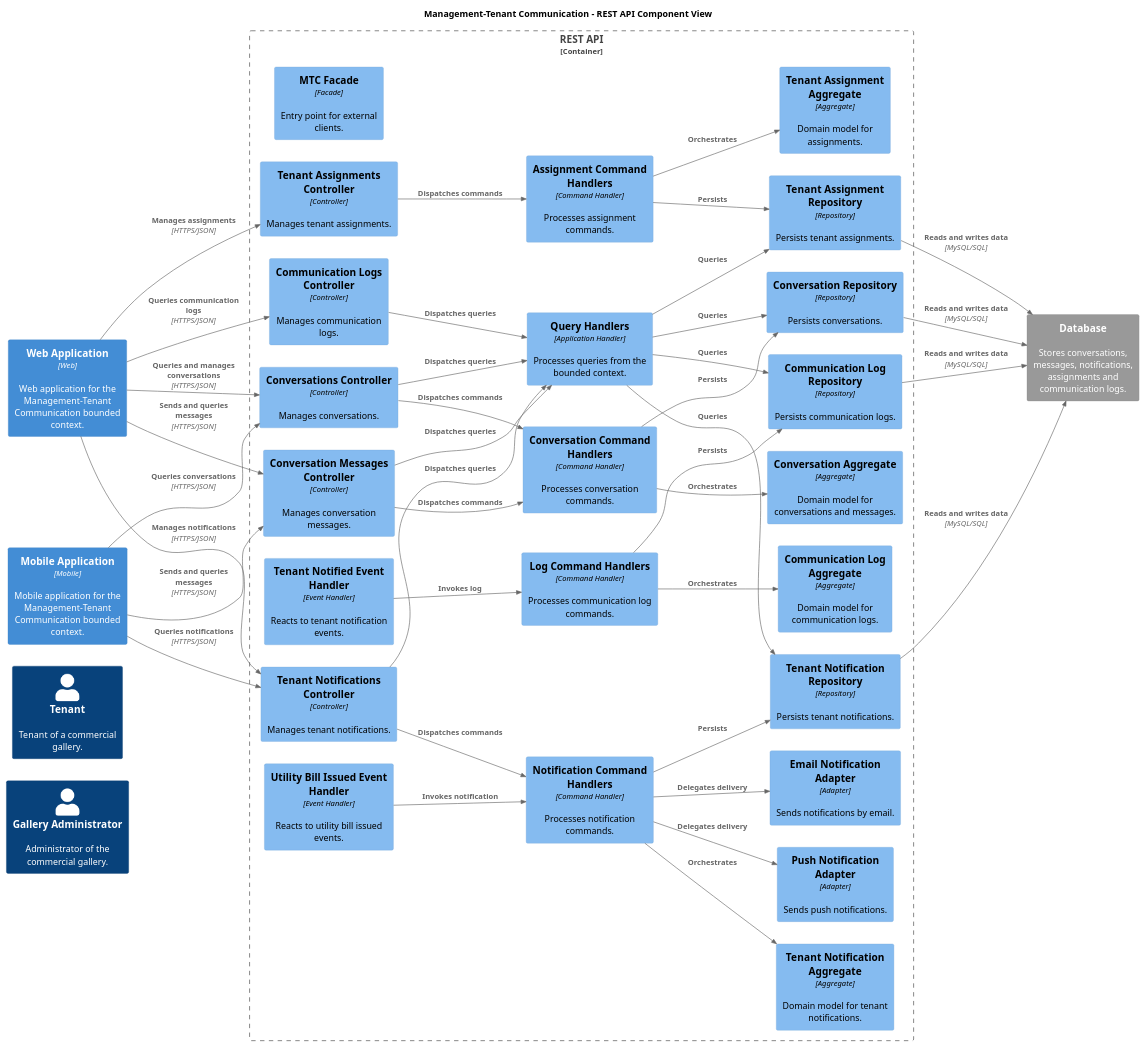
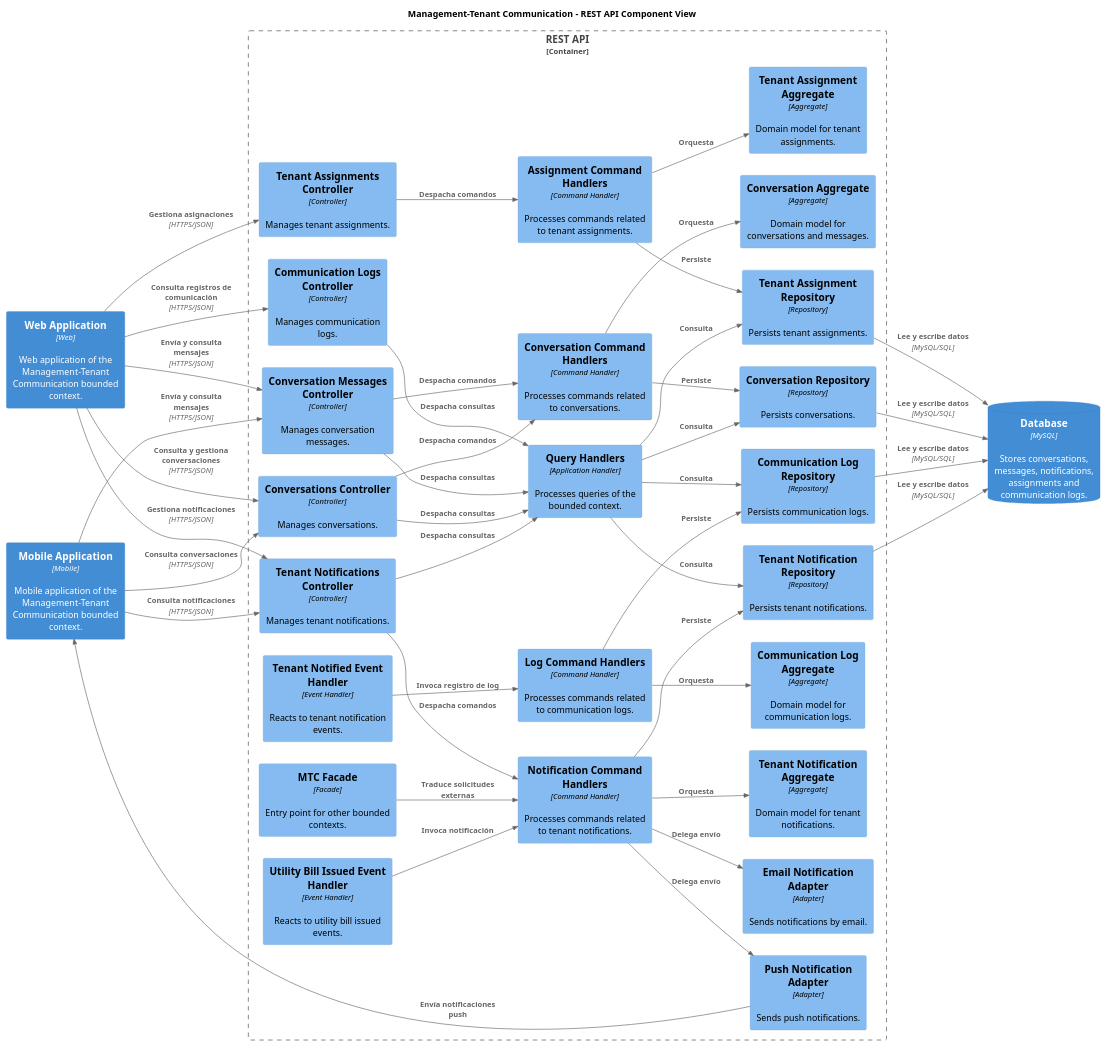
One commit to VanguardTechIot/storepulse-report changed the diagram in assets/architecture/management-tenant-communication/05_Component_REST_API_Backend.puml. Above: the diagram before and after it, drawn with PlantUML. The commit also changed 2 other files, not shown here.

Commit message:
docs: fix management-tenant communication rest api component diagram

```diff
--- a/assets/architecture/management-tenant-communication/05_Component_REST_API_Backend.puml
+++ b/assets/architecture/management-tenant-communication/05_Component_REST_API_Backend.puml
@@ -1,5 +1,4 @@
 @startuml
-
 !include https://raw.githubusercontent.com/plantuml-stdlib/C4-PlantUML/master/C4_Component.puml
 
 LAYOUT_LEFT_RIGHT()
@@ -10,171 +9,146 @@
 
 title Management-Tenant Communication - REST API Component View
 
-' ==========================================
-' EXTERNAL PEOPLE
-' ==========================================
+' =========================================================
+' EXTERNAL CONTAINERS
+' =========================================================
 
-Person(galleryAdministrator, "Gallery Administrator", "Administrator of the commercial gallery.")
+Container(webApplication, "Web Application", "Web", "Web application of the Management-Tenant Communication bounded context.")
+Container(mobileApplication, "Mobile Application", "Mobile", "Mobile application of the Management-Tenant Communication bounded context.")
 
-Person(tenant, "Tenant", "Tenant of a commercial gallery.")
-
-' ==========================================
-' EXTERNAL CONTAINERS
-' ==========================================
-
-Container(webApplication, "Web Application", "Web", "Web application for the Management-Tenant Communication bounded context.")
-
-Container(mobileApplication, "Mobile Application", "Mobile", "Mobile application for the Management-Tenant Communication bounded context.")
-
-' ==========================================
+' =========================================================
 ' REST API
-' ==========================================
+' =========================================================
 
 Container_Boundary(restApi, "REST API") {
 
-    Component(mtcFacade, "MTC Facade", "Facade", "Entry point for external clients.")
-
+    ' Controllers
     Component(tenantAssignmentsController, "Tenant Assignments Controller", "Controller", "Manages tenant assignments.")
-
     Component(communicationLogsController, "Communication Logs Controller", "Controller", "Manages communication logs.")
-
     Component(tenantNotificationsController, "Tenant Notifications Controller", "Controller", "Manages tenant notifications.")
-
     Component(conversationMessagesController, "Conversation Messages Controller", "Controller", "Manages conversation messages.")
-
     Component(conversationsController, "Conversations Controller", "Controller", "Manages conversations.")
 
-    Component(queryHandlers, "Query Handlers", "Application Handler", "Processes queries from the bounded context.")
+    ' Application Layer
+    Component(queryHandlers, "Query Handlers", "Application Handler", "Processes queries of the bounded context.")
+    Component(assignmentCommandHandlers, "Assignment Command Handlers", "Command Handler", "Processes commands related to tenant assignments.")
+    Component(conversationCommandHandlers, "Conversation Command Handlers", "Command Handler", "Processes commands related to conversations.")
+    Component(notificationCommandHandlers, "Notification Command Handlers", "Command Handler", "Processes commands related to tenant notifications.")
+    Component(logCommandHandlers, "Log Command Handlers", "Command Handler", "Processes commands related to communication logs.")
 
-    Component(assignmentCommandHandlers, "Assignment Command Handlers", "Command Handler", "Processes assignment commands.")
-
-    Component(conversationCommandHandlers, "Conversation Command Handlers", "Command Handler", "Processes conversation commands.")
-
-    Component(notificationCommandHandlers, "Notification Command Handlers", "Command Handler", "Processes notification commands.")
-
-    Component(logCommandHandlers, "Log Command Handlers", "Command Handler", "Processes communication log commands.")
-
+    ' Event Handlers
     Component(utilityBillIssuedEventHandler, "Utility Bill Issued Event Handler", "Event Handler", "Reacts to utility bill issued events.")
-
     Component(tenantNotifiedEventHandler, "Tenant Notified Event Handler", "Event Handler", "Reacts to tenant notification events.")
 
+    ' Repositories
     Component(tenantAssignmentRepository, "Tenant Assignment Repository", "Repository", "Persists tenant assignments.")
-
     Component(conversationRepository, "Conversation Repository", "Repository", "Persists conversations.")
-
     Component(tenantNotificationRepository, "Tenant Notification Repository", "Repository", "Persists tenant notifications.")
-
     Component(communicationLogRepository, "Communication Log Repository", "Repository", "Persists communication logs.")
 
-    Component(tenantAssignmentAggregate, "Tenant Assignment Aggregate", "Aggregate", "Domain model for assignments.")
-
+    ' Domain
+    Component(tenantAssignmentAggregate, "Tenant Assignment Aggregate", "Aggregate", "Domain model for tenant assignments.")
     Component(conversationAggregate, "Conversation Aggregate", "Aggregate", "Domain model for conversations and messages.")
-
     Component(tenantNotificationAggregate, "Tenant Notification Aggregate", "Aggregate", "Domain model for tenant notifications.")
-
     Component(communicationLogAggregate, "Communication Log Aggregate", "Aggregate", "Domain model for communication logs.")
 
+    ' Adapters
     Component(pushNotificationAdapter, "Push Notification Adapter", "Adapter", "Sends push notifications.")
+    Component(emailNotificationAdapter, "Email Notification Adapter", "Adapter", "Sends notifications by email.")
 
-    Component(emailNotificationAdapter, "Email Notification Adapter", "Adapter", "Sends notifications by email.")
+    ' ACL / Facade
+    Component(mtcFacade, "MTC Facade", "Facade", "Entry point for other bounded contexts.")
 }
 
-' ==========================================
+' =========================================================
 ' DATABASE
-' ==========================================
+' =========================================================
 
-System_Ext(database, "Database", "Stores conversations, messages, notifications, assignments and communication logs.")
+ContainerDb(database, "Database", "MySQL", "Stores conversations, messages, notifications, assignments and communication logs.")
 
-' ==========================================
-' EXTERNAL CLIENTS
-' ==========================================
+' =========================================================
+' WEB APPLICATION -> CONTROLLERS
+' =========================================================
 
-Rel(webApplication, tenantAssignmentsController, "Manages assignments", "HTTPS/JSON")
+Rel(webApplication, tenantAssignmentsController, "Gestiona asignaciones", "HTTPS/JSON")
+Rel(webApplication, communicationLogsController, "Consulta registros de comunicación", "HTTPS/JSON")
+Rel(webApplication, tenantNotificationsController, "Gestiona notificaciones", "HTTPS/JSON")
+Rel(webApplication, conversationMessagesController, "Envía y consulta mensajes", "HTTPS/JSON")
+Rel(webApplication, conversationsController, "Consulta y gestiona conversaciones", "HTTPS/JSON")
 
-Rel(webApplication, communicationLogsController, "Queries communication logs", "HTTPS/JSON")
+' =========================================================
+' MOBILE APPLICATION -> CONTROLLERS
+' =========================================================
 
-Rel(webApplication, tenantNotificationsController, "Manages notifications", "HTTPS/JSON")
+Rel(mobileApplication, tenantNotificationsController, "Consulta notificaciones", "HTTPS/JSON")
+Rel(mobileApplication, conversationMessagesController, "Envía y consulta mensajes", "HTTPS/JSON")
+Rel(mobileApplication, conversationsController, "Consulta conversaciones", "HTTPS/JSON")
 
-Rel(webApplication, conversationMessagesController, "Sends and queries messages", "HTTPS/JSON")
+' =========================================================
+' CONTROLLERS -> APPLICATION
+' =========================================================
 
-Rel(webApplication, conversationsController, "Queries and manages conversations", "HTTPS/JSON")
+Rel(tenantAssignmentsController, assignmentCommandHandlers, "Despacha comandos")
+Rel(communicationLogsController, queryHandlers, "Despacha consultas")
+Rel(tenantNotificationsController, queryHandlers, "Despacha consultas")
+Rel(tenantNotificationsController, notificationCommandHandlers, "Despacha comandos")
+Rel(conversationMessagesController, queryHandlers, "Despacha consultas")
+Rel(conversationMessagesController, conversationCommandHandlers, "Despacha comandos")
+Rel(conversationsController, queryHandlers, "Despacha consultas")
+Rel(conversationsController, conversationCommandHandlers, "Despacha comandos")
 
-Rel(mobileApplication, tenantNotificationsController, "Queries notifications", "HTTPS/JSON")
+' =========================================================
+' APPLICATION -> DOMAIN / REPOSITORIES
+' =========================================================
 
-Rel(mobileApplication, conversationMessagesController, "Sends and queries messages", "HTTPS/JSON")
+Rel(assignmentCommandHandlers, tenantAssignmentAggregate, "Orquesta")
+Rel(assignmentCommandHandlers, tenantAssignmentRepository, "Persiste")
 
-Rel(mobileApplication, conversationsController, "Queries conversations", "HTTPS/JSON")
+Rel(conversationCommandHandlers, conversationAggregate, "Orquesta")
+Rel(conversationCommandHandlers, conversationRepository, "Persiste")
 
-' ==========================================
-' CONTROLLERS -> APPLICATION LAYER
-' ==========================================
+Rel(notificationCommandHandlers, tenantNotificationAggregate, "Orquesta")
+Rel(notificationCommandHandlers, tenantNotificationRepository, "Persiste")
 
-Rel(tenantAssignmentsController, assignmentCommandHandlers, "Dispatches commands")
+Rel(logCommandHandlers, communicationLogAggregate, "Orquesta")
+Rel(logCommandHandlers, communicationLogRepository, "Persiste")
 
-Rel(communicationLogsController, queryHandlers, "Dispatches queries")
+' =========================================================
+' QUERY HANDLERS -> REPOSITORIES
+' =========================================================
 
-Rel(tenantNotificationsController, queryHandlers, "Dispatches queries")
+Rel(queryHandlers, conversationRepository, "Consulta")
+Rel(queryHandlers, tenantNotificationRepository, "Consulta")
+Rel(queryHandlers, tenantAssignmentRepository, "Consulta")
+Rel(queryHandlers, communicationLogRepository, "Consulta")
 
-Rel(tenantNotificationsController, notificationCommandHandlers, "Dispatches commands")
+' =========================================================
+' EVENT HANDLERS
+' =========================================================
 
-Rel(conversationMessagesController, queryHandlers, "Dispatches queries")
+Rel(utilityBillIssuedEventHandler, notificationCommandHandlers, "Invoca notificación")
+Rel(tenantNotifiedEventHandler, logCommandHandlers, "Invoca registro de log")
 
-Rel(conversationMessagesController, conversationCommandHandlers, "Dispatches commands")
+' =========================================================
+' NOTIFICATION FLOW
+' =========================================================
 
-Rel(conversationsController, queryHandlers, "Dispatches queries")
+Rel(notificationCommandHandlers, pushNotificationAdapter, "Delega envío")
+Rel(notificationCommandHandlers, emailNotificationAdapter, "Delega envío")
+Rel(pushNotificationAdapter, mobileApplication, "Envía notificaciones push")
 
-Rel(conversationsController, conversationCommandHandlers, "Dispatches commands")
+' =========================================================
+' PERSISTENCE
+' =========================================================
 
-' ==========================================
-' APPLICATION -> DOMAIN / PERSISTENCE
-' ==========================================
+Rel(tenantAssignmentRepository, database, "Lee y escribe datos", "MySQL/SQL")
+Rel(conversationRepository, database, "Lee y escribe datos", "MySQL/SQL")
+Rel(tenantNotificationRepository, database, "Lee y escribe datos", "MySQL/SQL")
+Rel(communicationLogRepository, database, "Lee y escribe datos", "MySQL/SQL")
 
-Rel(assignmentCommandHandlers, tenantAssignmentAggregate, "Orchestrates")
+' =========================================================
+' ACL / FACADE
+' =========================================================
 
-Rel(assignmentCommandHandlers, tenantAssignmentRepository, "Persists")
-
-Rel(conversationCommandHandlers, conversationAggregate, "Orchestrates")
-
-Rel(conversationCommandHandlers, conversationRepository, "Persists")
-
-Rel(notificationCommandHandlers, tenantNotificationAggregate, "Orchestrates")
-
-Rel(notificationCommandHandlers, tenantNotificationRepository, "Persists")
-
-Rel(logCommandHandlers, communicationLogAggregate, "Orchestrates")
-
-Rel(logCommandHandlers, communicationLogRepository, "Persists")
-
-Rel(queryHandlers, conversationRepository, "Queries")
-
-Rel(queryHandlers, tenantNotificationRepository, "Queries")
-
-Rel(queryHandlers, tenantAssignmentRepository, "Queries")
-
-Rel(queryHandlers, communicationLogRepository, "Queries")
-
-' ==========================================
-' EVENTS AND ADAPTERS
-' ==========================================
-
-Rel(utilityBillIssuedEventHandler, notificationCommandHandlers, "Invokes notification")
-
-Rel(tenantNotifiedEventHandler, logCommandHandlers, "Invokes log")
-
-Rel(notificationCommandHandlers, pushNotificationAdapter, "Delegates delivery")
-
-Rel(notificationCommandHandlers, emailNotificationAdapter, "Delegates delivery")
-
-' ==========================================
-' PERSISTENCE
-' ==========================================
-
-Rel(tenantAssignmentRepository, database, "Reads and writes data", "MySQL/SQL")
-
-Rel(conversationRepository, database, "Reads and writes data", "MySQL/SQL")
-
-Rel(tenantNotificationRepository, database, "Reads and writes data", "MySQL/SQL")
-
-Rel(communicationLogRepository, database, "Reads and writes data", "MySQL/SQL")
-
+Rel(mtcFacade, notificationCommandHandlers, "Traduce solicitudes externas")
 @enduml
```
